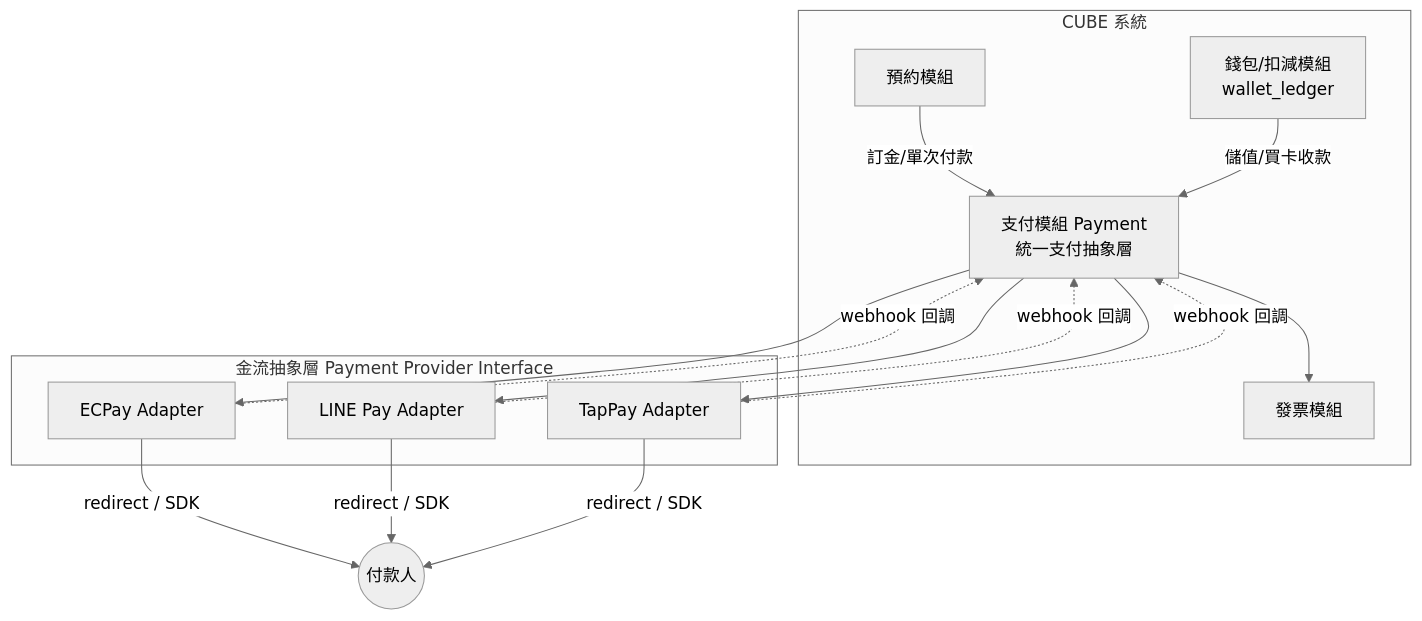
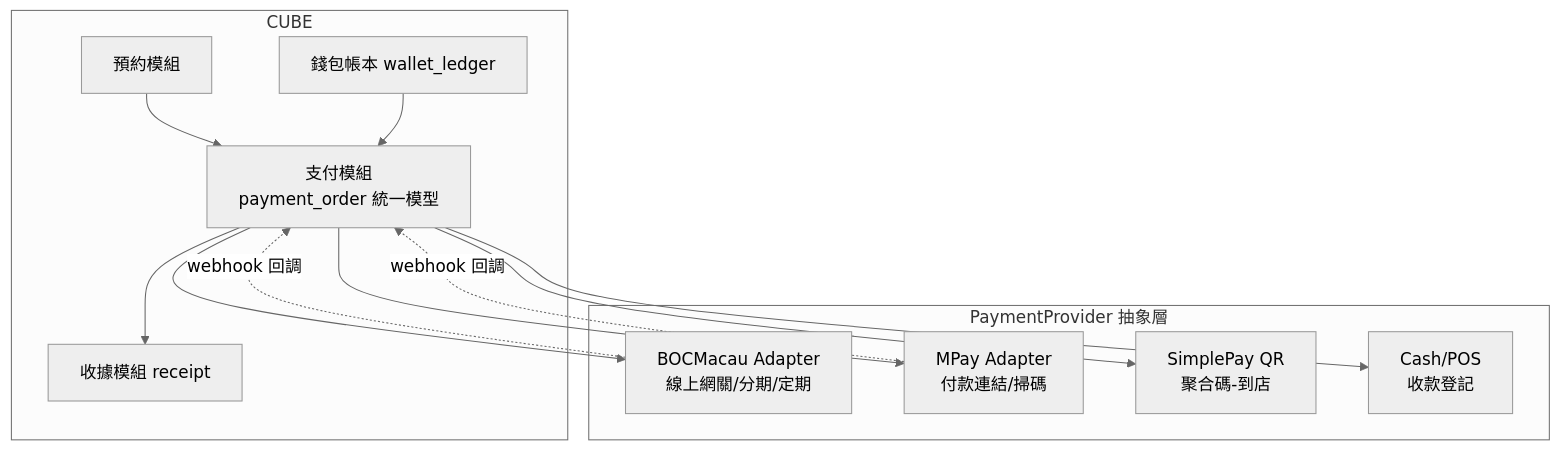
The diagram in docs/cube-booking-system/07-支付系統設計.md (bluehtml5/git), drawn with Mermaid (neutral theme) before and after one commit. The commit also changed other lines of this file, not shown here.

````diff
--- a/docs/cube-booking-system/07-支付系統設計.md
+++ b/docs/cube-booking-system/07-支付系統設計.md
@@ -50,22 +43,18 @@
 ```mermaid
 flowchart TB
-    subgraph CUBE[CUBE 系統]
+    subgraph CUBE
         BK[預約模組]
-        WL[錢包/扣減模組<br/>wallet_ledger]
-        PM[支付模組 Payment<br/>統一支付抽象層]
-        IV[發票模組]
+        WL[錢包帳本 wallet_ledger]
+        PM[支付模組<br/>payment_order 統一模型]
+        RC[收據模組 receipt]
     end
-
-    subgraph GW[金流抽象層 Payment Provider Interface]
-        P1[ECPay Adapter]
-        P2[LINE Pay Adapter]
-        P3[TapPay Adapter]
+    subgraph Providers[PaymentProvider 抽象層]
+        A1[BOCMacau Adapter<br/>線上網關/分期/定期]
+        A2[MPay Adapter<br/>付款連結/掃碼]
+        A3[SimplePay QR<br/>聚合碼-到店]
+        A4[Cash/POS<br/>收款登記]
     end
-
-    BK -->|訂金/單次付款| PM
-    WL -->|儲值/買卡收款| PM
-    PM --> P1 & P2 & P3
-    PM --> IV
-    P1 & P2 & P3 -->|redirect / SDK| USER((付款人))
-    P1 & P2 & P3 -.->|webhook 回調| PM
+    BK & WL --> PM --> A1 & A2 & A3 & A4
+    PM --> RC
+    A1 & A2 -.webhook 回調.-> PM
 ```
````
